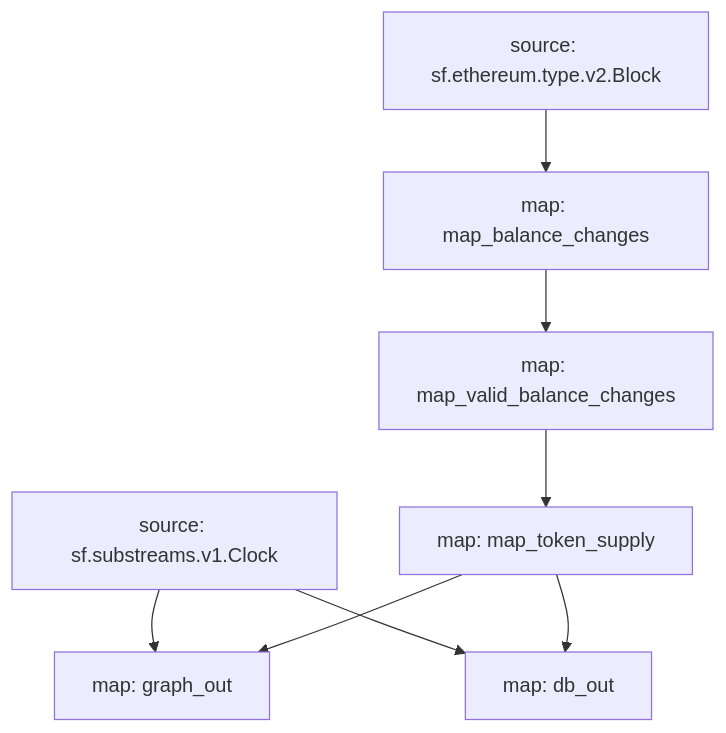
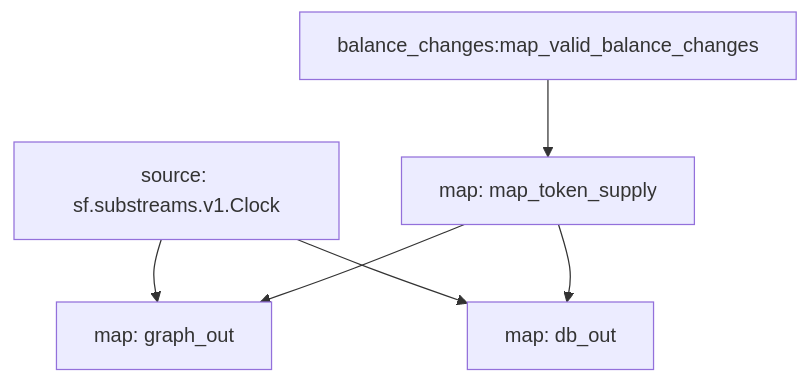
One commit to pinax-network/substreams-erc20-supply changed the diagram in README.md. Above: the diagram before and after it, drawn with Mermaid. The commit also changed other lines of this file, not shown here.

````diff
--- a/README.md
+++ b/README.md
@@ -91,15 +93,11 @@
 ```mermaid
 graph TD;
-  map_balance_changes[map: map_balance_changes];
-  sf.ethereum.type.v2.Block[source: sf.ethereum.type.v2.Block] --> map_balance_changes;
-  map_valid_balance_changes[map: map_valid_balance_changes];
-  map_balance_changes --> map_valid_balance_changes;
-  map_token_supply[map: map_token_supply];
-  map_valid_balance_changes --> map_token_supply;
+ map_token_supply[map: map_token_supply];
+  balance_changes:map_valid_balance_changes --> map_token_supply;
   graph_out[map: graph_out];
   sf.substreams.v1.Clock[source: sf.substreams.v1.Clock] --> graph_out;
   map_token_supply --> graph_out;
   db_out[map: db_out];
   sf.substreams.v1.Clock[source: sf.substreams.v1.Clock] --> db_out;
   map_token_supply --> db_out;
 ```
````
